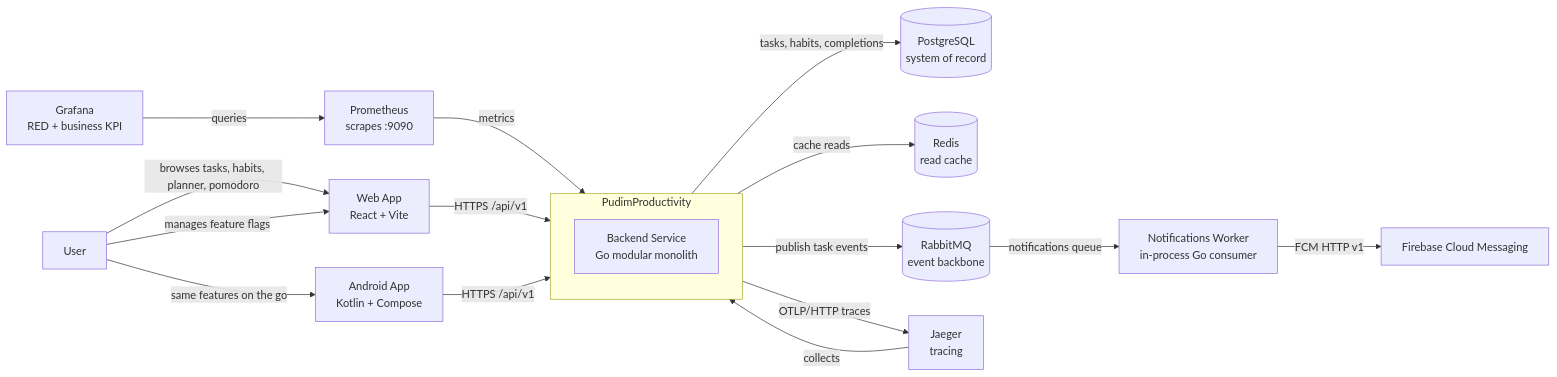
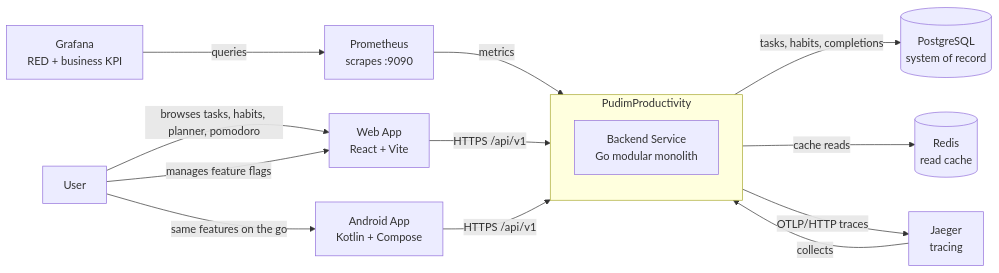
The diagram in docs/architecture/c4-system-context.md (diegobraga92/PudimProductivity), drawn with Mermaid before and after one commit. The commit also changed other lines of this file and 47 other files, not shown here.

Commit message:
Removed FCM and Rabbit, for regular alarm notifications

````diff
--- a/docs/architecture/c4-system-context.md
+++ b/docs/architecture/c4-system-context.md
@@ -9,26 +9,22 @@
 ```mermaid
 flowchart LR
     U[User] -->|"browses tasks, habits, planner, pomodoro"| WEB[Web App<br/>React + Vite]
     U -->|"same features on the go"| MOB[Android App<br/>Kotlin + Compose]
     U -->|"manages feature flags"| WEB
 
     WEB -->|"HTTPS /api/v1"| SYS
     MOB -->|"HTTPS /api/v1"| SYS
 
     subgraph SYS [PudimProductivity]
         direction TB
         API[Backend Service<br/>Go modular monolith]
     end
 
     API -->|"tasks, habits, completions"| PG[(PostgreSQL<br/>system of record)]
     API -->|"cache reads"| REDIS[(Redis<br/>read cache)]
-    API -->|"publish task events"| AMQP[(RabbitMQ<br/>event backbone)]
     API -->|"OTLP/HTTP traces"| JAEGER[Jaeger<br/>tracing]
-
-    AMQP -->|"notifications queue"| WORKER[Notifications Worker<br/>in-process Go consumer]
-    WORKER -->|"FCM HTTP v1"| FCM[Firebase Cloud Messaging]
 
     PROM[Prometheus<br/>scrapes :9090] -->|"metrics"| API
     GRAFANA[Grafana<br/>RED + business KPI] -->|"queries"| PROM
     JAEGER -->|"collects"| API
 ```
````
